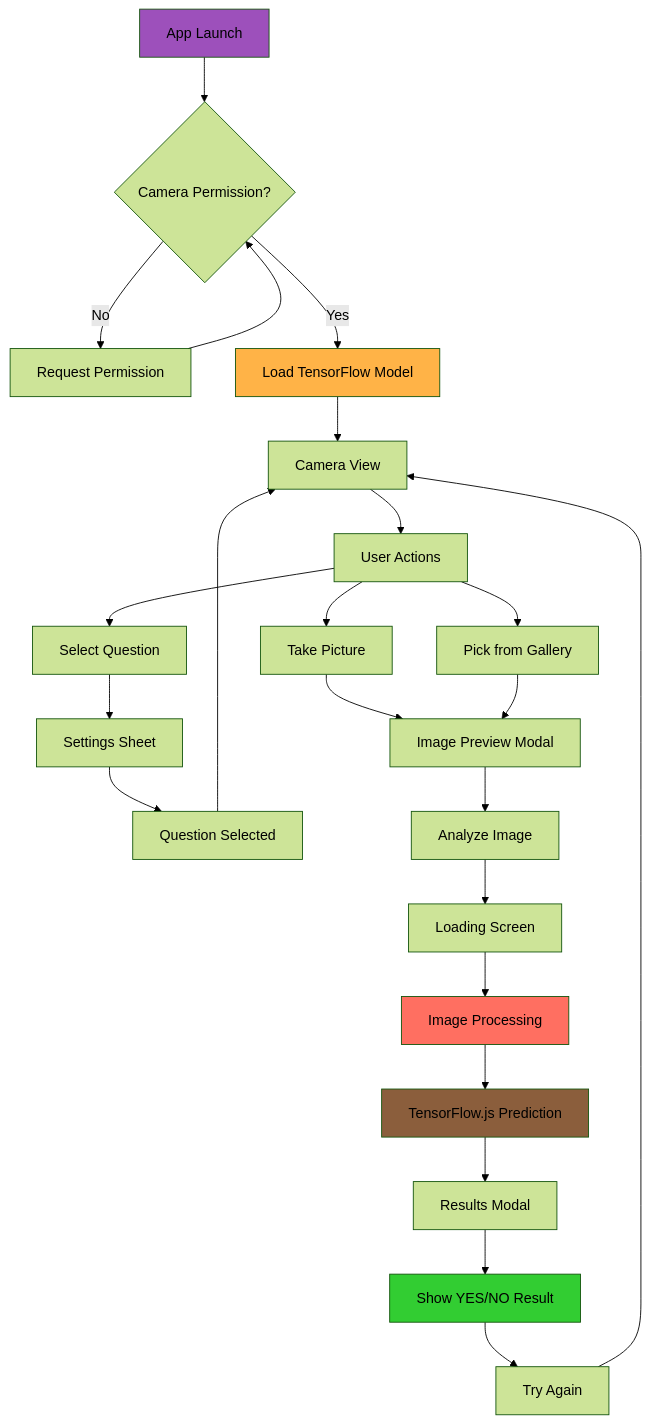
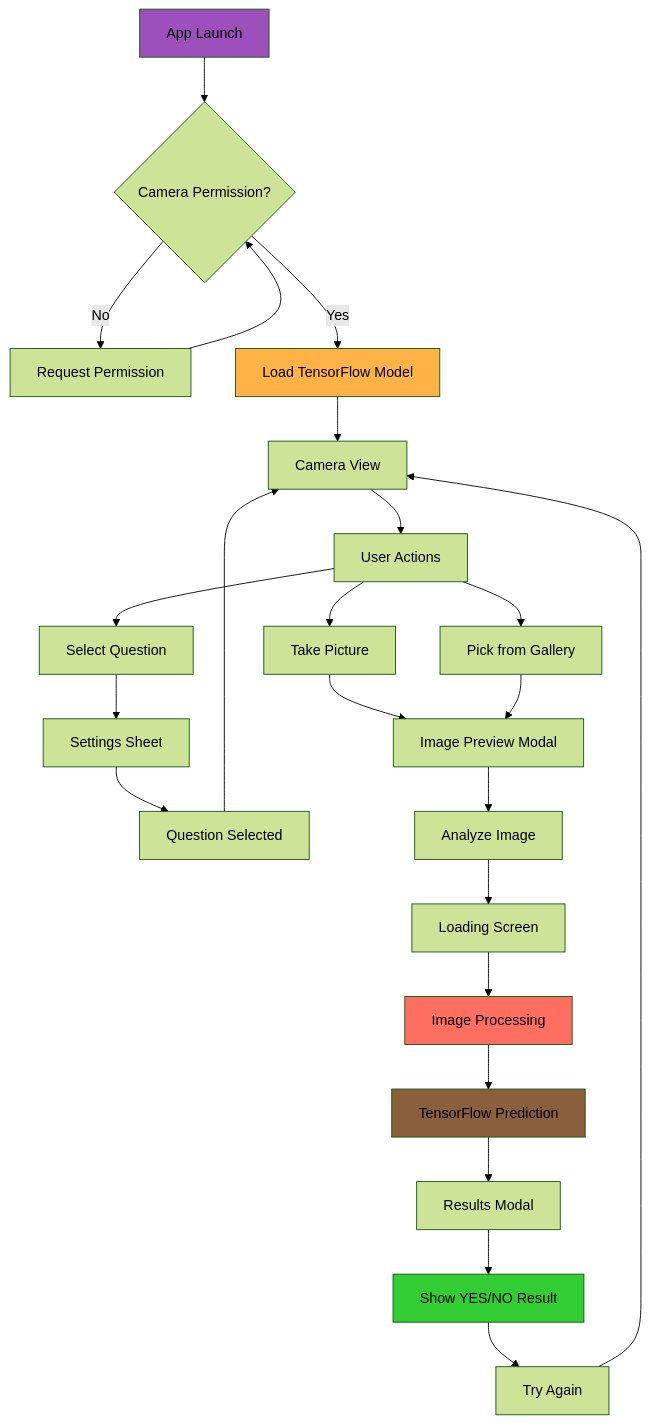
The diagram in Readme.md (kichu12348/is-it), drawn with Mermaid (forest theme) before and after one commit.

Commit message:
Fix typo in README: update "TensorFlow.js Prediction" to "TensorFlow Prediction"

````diff
--- a/Readme.md
+++ b/Readme.md
@@ -72,35 +72,35 @@
 ```mermaid
 flowchart TD
     A[App Launch] --> B{Camera Permission?}
     B -->|No| C[Request Permission]
     B -->|Yes| D[Load TensorFlow Model]
     C --> B
     D --> E[Camera View]
     
     E --> F[User Actions]
     F --> G[Take Picture]
     F --> H[Pick from Gallery]
     F --> I[Select Question]
     
     G --> J[Image Preview Modal]
     H --> J
     I --> K[Settings Sheet]
     K --> L[Question Selected]
     L --> E
     
     J --> M[Analyze Image]
     M --> N[Loading Screen]
     N --> O[Image Processing]
-    O --> P[TensorFlow.js Prediction]
+    O --> P[TensorFlow Prediction]
     P --> Q[Results Modal]
     
     Q --> R[Show YES/NO Result]
     R --> S[Try Again]
     S --> E
     
     style A fill:#9D50BB
     style D fill:#FFB347
     style O fill:#FF6F61
     style P fill:#8B5E3C
     style R fill:#32CD32
 ```
````
